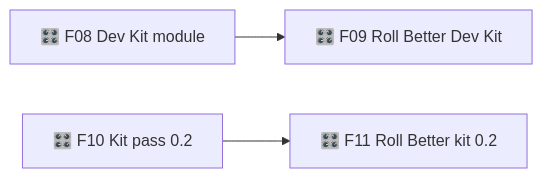
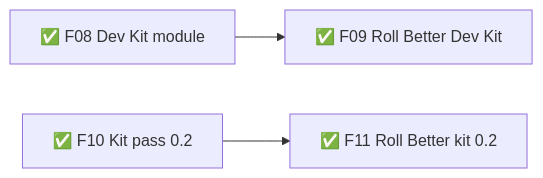
One commit to TheBlueMuzzy/framework changed the second of 2 diagrams in .planning/ROADMAP.md. Above: the diagram before and after it, drawn with Mermaid. The commit also changed other lines of this file and 2 other files, not shown here.

````diff
--- a/.planning/ROADMAP.md
+++ b/.planning/ROADMAP.md
@@ -37,5 +37,5 @@
 ```mermaid
 flowchart LR
-  F08[🎛️ F08 Dev Kit module] --> F09[🎛️ F09 Roll Better Dev Kit]
-  F10[🎛️ F10 Kit pass 0.2] --> F11[🎛️ F11 Roll Better kit 0.2]
+  F08[✅ F08 Dev Kit module] --> F09[✅ F09 Roll Better Dev Kit]
+  F10[✅ F10 Kit pass 0.2] --> F11[✅ F11 Roll Better kit 0.2]
 ```
````
